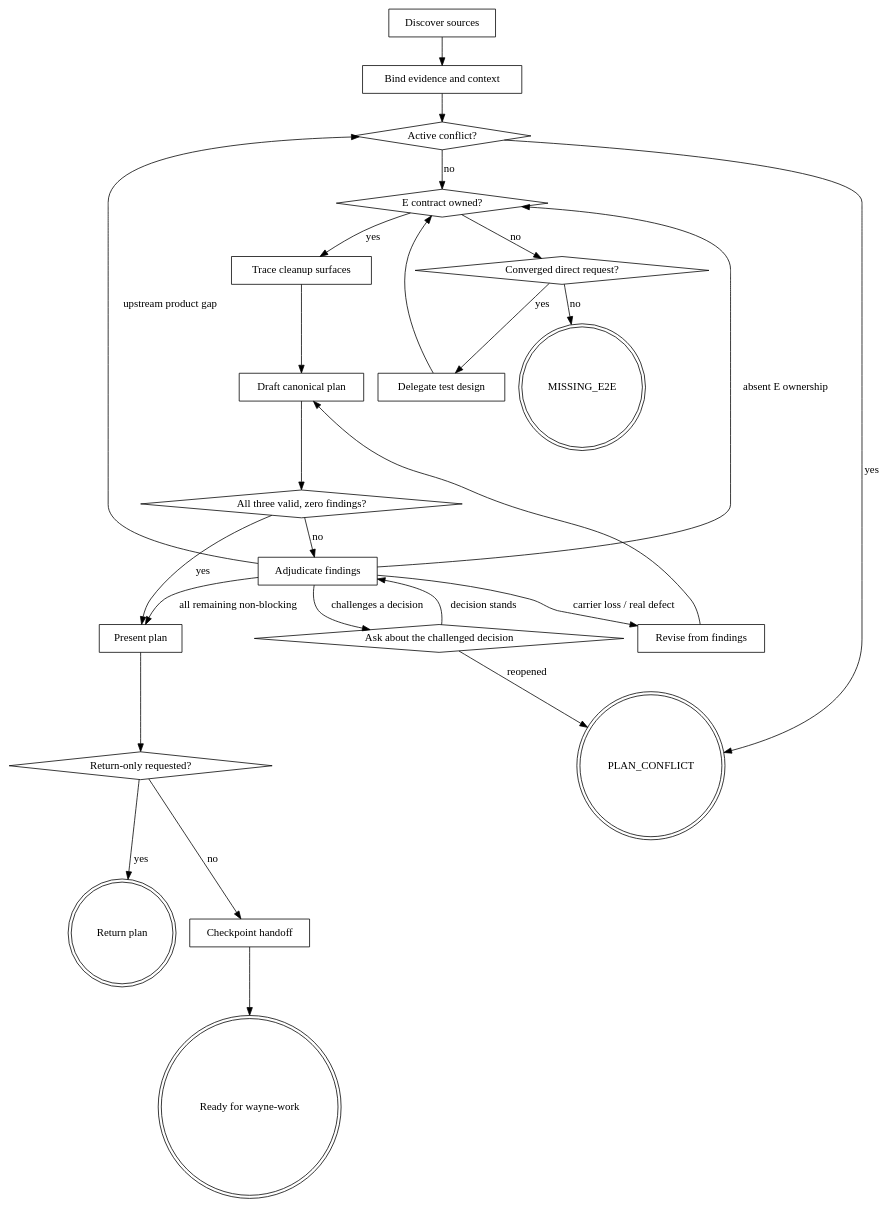
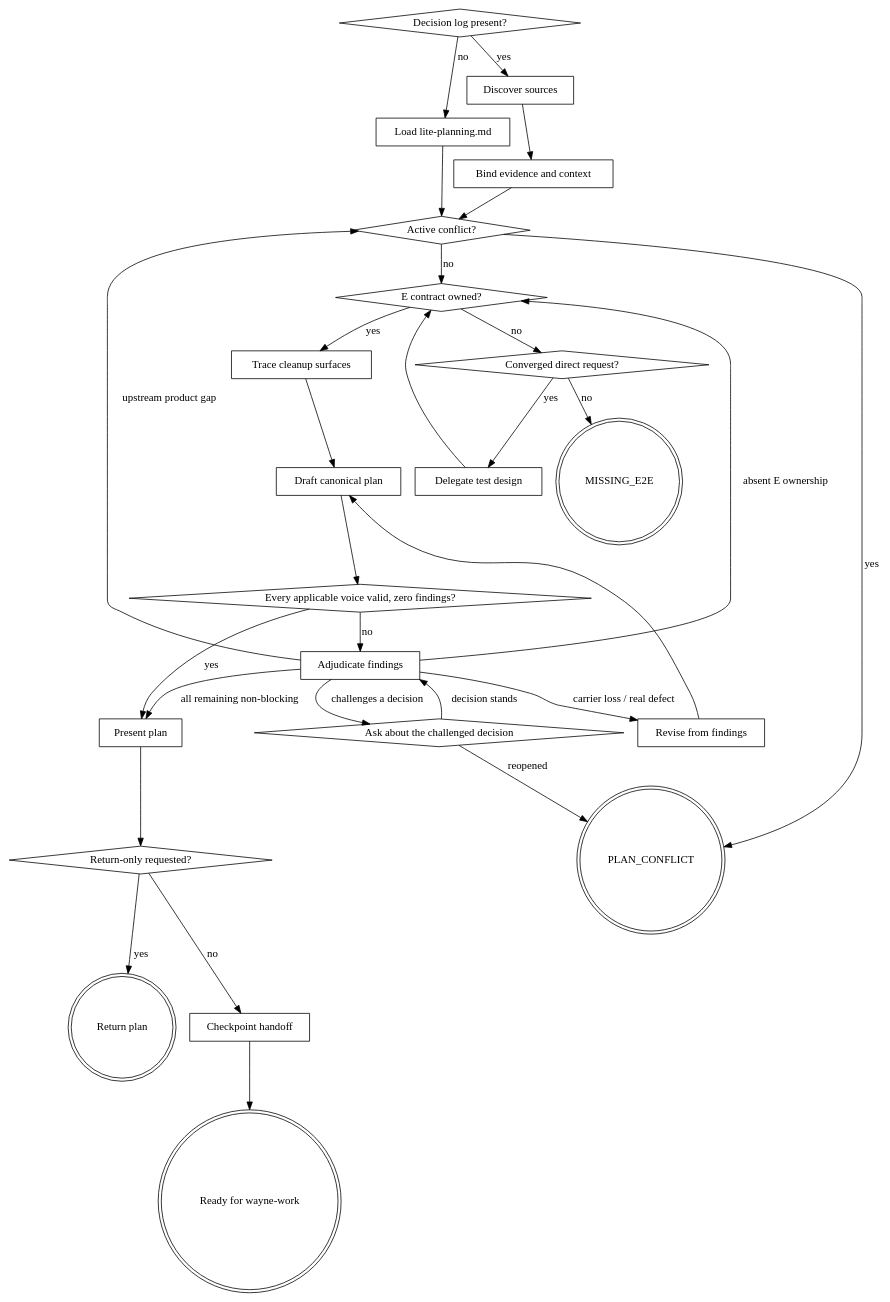
The diagram in wayne-plan/SKILL.md (waynejing995/wayne-taste), drawn with Graphviz before and after one commit. The commit also changed other lines of this file and 5 other files, not shown here.

````diff
--- a/wayne-plan/SKILL.md
+++ b/wayne-plan/SKILL.md
@@ -26,50 +26,55 @@
 ```dot
 digraph wayne_plan {
     rankdir=TB;
+    S [label="Decision log present?", shape=diamond];
+    LT [label="Load lite-planning.md", shape=box];
     A [label="Discover sources", shape=box];
     B [label="Bind evidence and context", shape=box];
     C [label="Active conflict?", shape=diamond];
     X [label="PLAN_CONFLICT", shape=doublecircle];
     D [label="E contract owned?", shape=diamond];
     O [label="Converged direct request?", shape=diamond];
     T [label="Delegate test design", shape=box];
     Y [label="MISSING_E2E", shape=doublecircle];
     E [label="Trace cleanup surfaces", shape=box];
     F [label="Draft canonical plan", shape=box];
-    G [label="All three valid, zero findings?", shape=diamond];
+    G [label="Every applicable voice valid, zero findings?", shape=diamond];
     ADJ [label="Adjudicate findings", shape=box];
     N [label="Ask about the challenged decision", shape=diamond];
     H [label="Revise from findings", shape=box];
     J [label="Present plan", shape=box];
     K [label="Return-only requested?", shape=diamond];
     R [label="Return plan", shape=doublecircle];
     L [label="Checkpoint handoff", shape=box];
     W [label="Ready for wayne-work", shape=doublecircle];
 
+    S -> A [label="yes"];
+    S -> LT [label="no"];
+    LT -> C;
     A -> B;
     B -> C;
     C -> X [label="yes"];
     C -> D [label="no"];
     D -> O [label="no"];
     O -> T [label="yes"];
     O -> Y [label="no"];
     T -> D;
     D -> E [label="yes"];
     E -> F;
     F -> G;
     G -> J [label="yes"];
     G -> ADJ [label="no"];
     ADJ -> H [label="carrier loss / real defect"];
     ADJ -> N [label="challenges a decision"];
     ADJ -> C [label="upstream product gap"];
     ADJ -> D [label="absent E ownership"];
     ADJ -> J [label="all remaining non-blocking"];
     N -> ADJ [label="decision stands"];
     N -> X [label="reopened"];
     H -> F;
     J -> K;
     K -> R [label="yes"];
     K -> L [label="no"];
     L -> W;
 }
 ```
````
